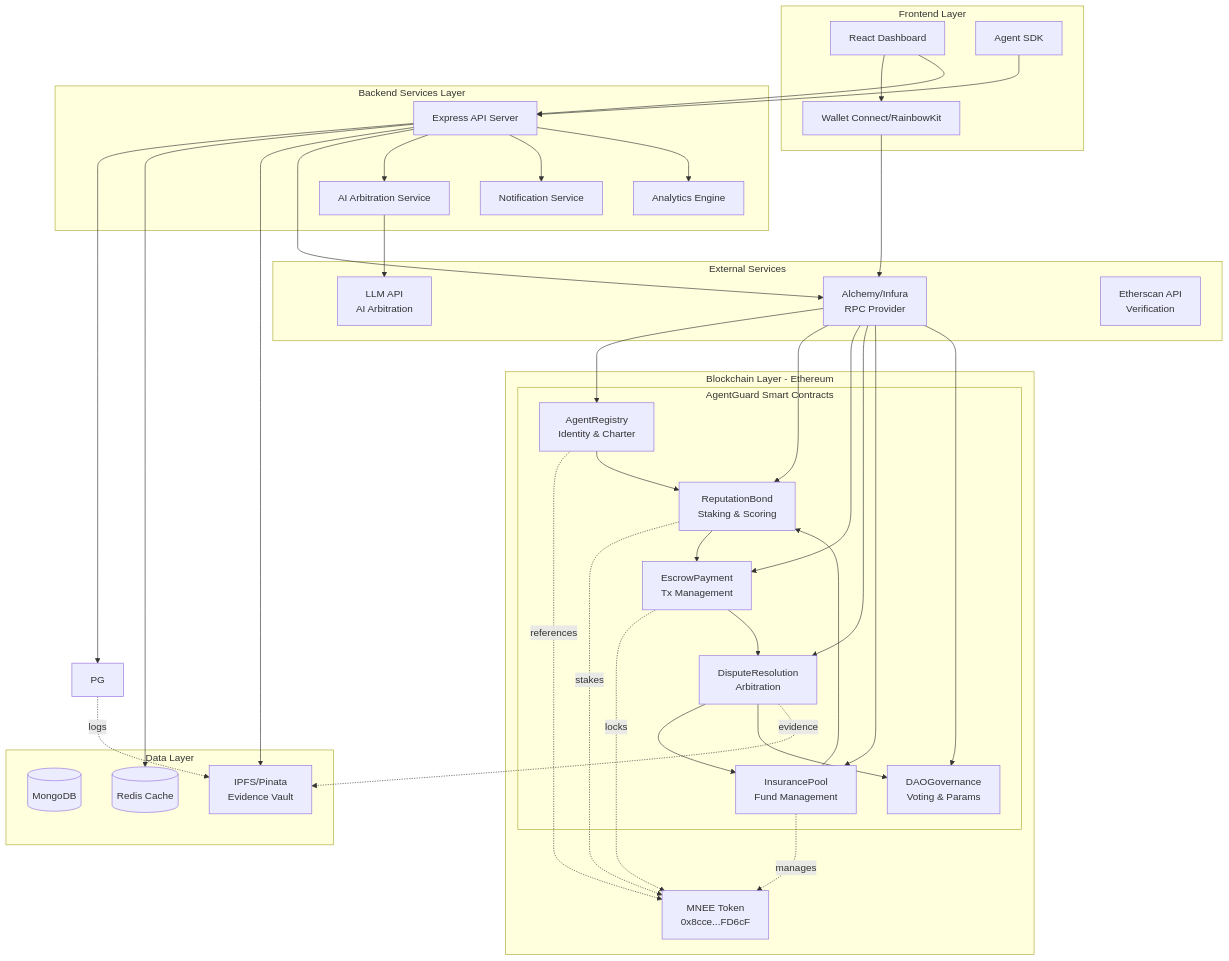
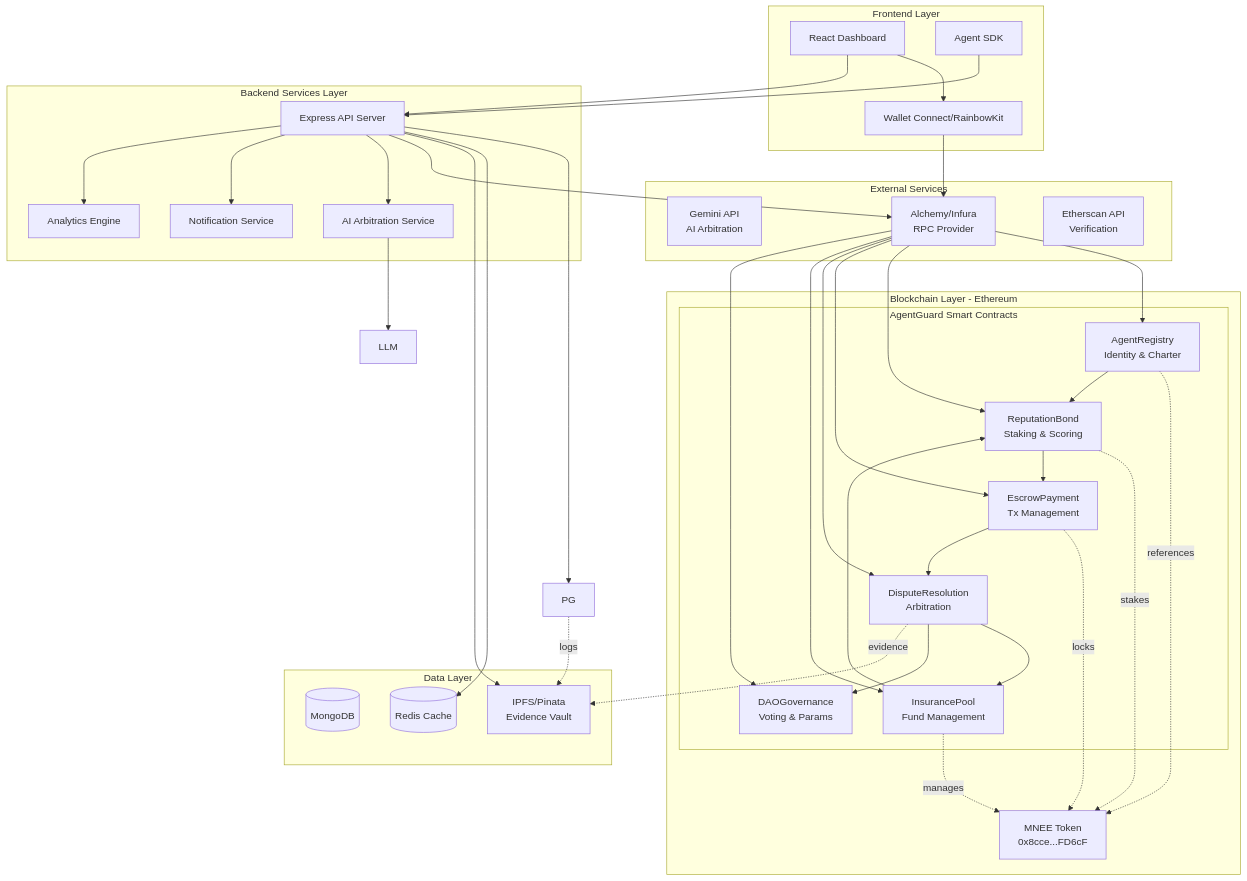
One commit to Teewa56/AgentGaurd changed the diagram in technical_readme.md. Above: the diagram before and after it, drawn with Mermaid. The commit also changed other lines of this file and 2 other files, not shown here.

````diff
--- a/technical_readme.md
+++ b/technical_readme.md
@@ -69,76 +67,76 @@
 ```mermaid
 graph TB
     subgraph "Frontend Layer"
         UI[React Dashboard]
         WC[Wallet Connect/RainbowKit]
         SDK[Agent SDK]
     end
 
     subgraph "Backend Services Layer"
         API[Express API Server]
         ARB[AI Arbitration Service]
         NOTIF[Notification Service]
         ANALYTICS[Analytics Engine]
     end
 
     subgraph "Data Layer"
         MD[(MongoDB)]
         REDIS[(Redis Cache)]
         IPFS[IPFS/Pinata<br/>Evidence Vault]
     end
 
     subgraph "Blockchain Layer - Ethereum"
         MNEE[MNEE Token<br/>0x8cce...FD6cF]
         
         subgraph "AgentGuard Smart Contracts"
             REG[AgentRegistry<br/>Identity & Charter]
             BOND[ReputationBond<br/>Staking & Scoring]
             ESC[EscrowPayment<br/>Tx Management]
             DISP[DisputeResolution<br/>Arbitration]
             POOL[InsurancePool<br/>Fund Management]
             GOV[DAOGovernance<br/>Voting & Params]
         end
     end
 
     subgraph "External Services"
-        LLM[LLM API<br/>AI Arbitration]
+        Gemini[Gemini API<br/>AI Arbitration]
         ALCHEMY[Alchemy/Infura<br/>RPC Provider]
         ETHERSCAN[Etherscan API<br/>Verification]
     end
 
     UI --> WC
     UI --> API
     SDK --> API
     WC --> ALCHEMY
     
     API --> PG
     API --> REDIS
     API --> IPFS
     API --> ALCHEMY
     ARB --> LLM
     API --> ARB
     API --> NOTIF
     API --> ANALYTICS
     
     ALCHEMY --> REG
     ALCHEMY --> BOND
     ALCHEMY --> ESC
     ALCHEMY --> DISP
     ALCHEMY --> POOL
     ALCHEMY --> GOV
     
     REG -.references.-> MNEE
     BOND -.stakes.-> MNEE
     ESC -.locks.-> MNEE
     POOL -.manages.-> MNEE
     
     REG --> BOND
     BOND --> ESC
     ESC --> DISP
     DISP --> POOL
     DISP --> GOV
     POOL --> BOND
     
     PG -.logs.-> IPFS
     DISP -.evidence.-> IPFS
 ```
````
